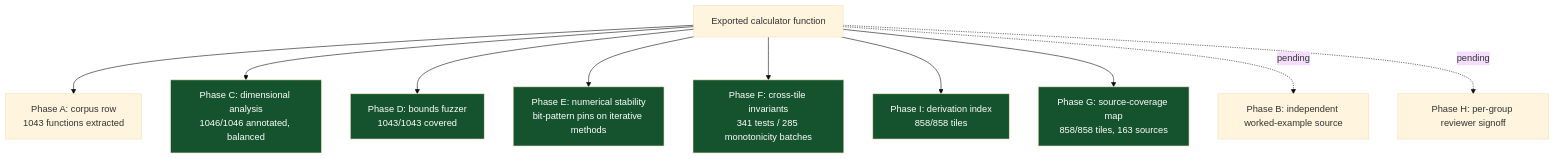
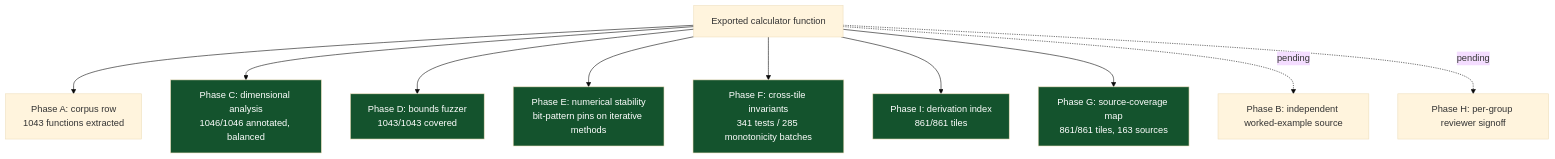
Before and after one commit to clay-good/roughlogic.com: the sixth of 8 diagrams in README.md, drawn with Mermaid (base theme). The commit also changed other lines of this file and 20 other files, not shown here.

````diff
--- a/README.md
+++ b/README.md
@@ -519,18 +519,18 @@
 ```mermaid
 flowchart TB
     F[Exported calculator function] --> A[Phase A: corpus row\n1043 functions extracted]
     F --> C[Phase C: dimensional analysis\n1046/1046 annotated, balanced]
     F --> D[Phase D: bounds fuzzer\n1043/1043 covered]
     F --> E[Phase E: numerical stability\nbit-pattern pins on iterative methods]
     F --> Fa[Phase F: cross-tile invariants\n341 tests / 285 monotonicity batches]
-    F --> I[Phase I: derivation index\n858/858 tiles]
-    F --> G[Phase G: source-coverage map\n858/858 tiles, 163 sources]
+    F --> I[Phase I: derivation index\n861/861 tiles]
+    F --> G[Phase G: source-coverage map\n861/861 tiles, 163 sources]
     F -.pending.-> B[Phase B: independent worked-example source]
     F -.pending.-> H[Phase H: per-group reviewer signoff]
     style C fill:#14532d,color:#fff
     style D fill:#14532d,color:#fff
     style E fill:#14532d,color:#fff
     style Fa fill:#14532d,color:#fff
     style G fill:#14532d,color:#fff
     style I fill:#14532d,color:#fff
 ```
````
